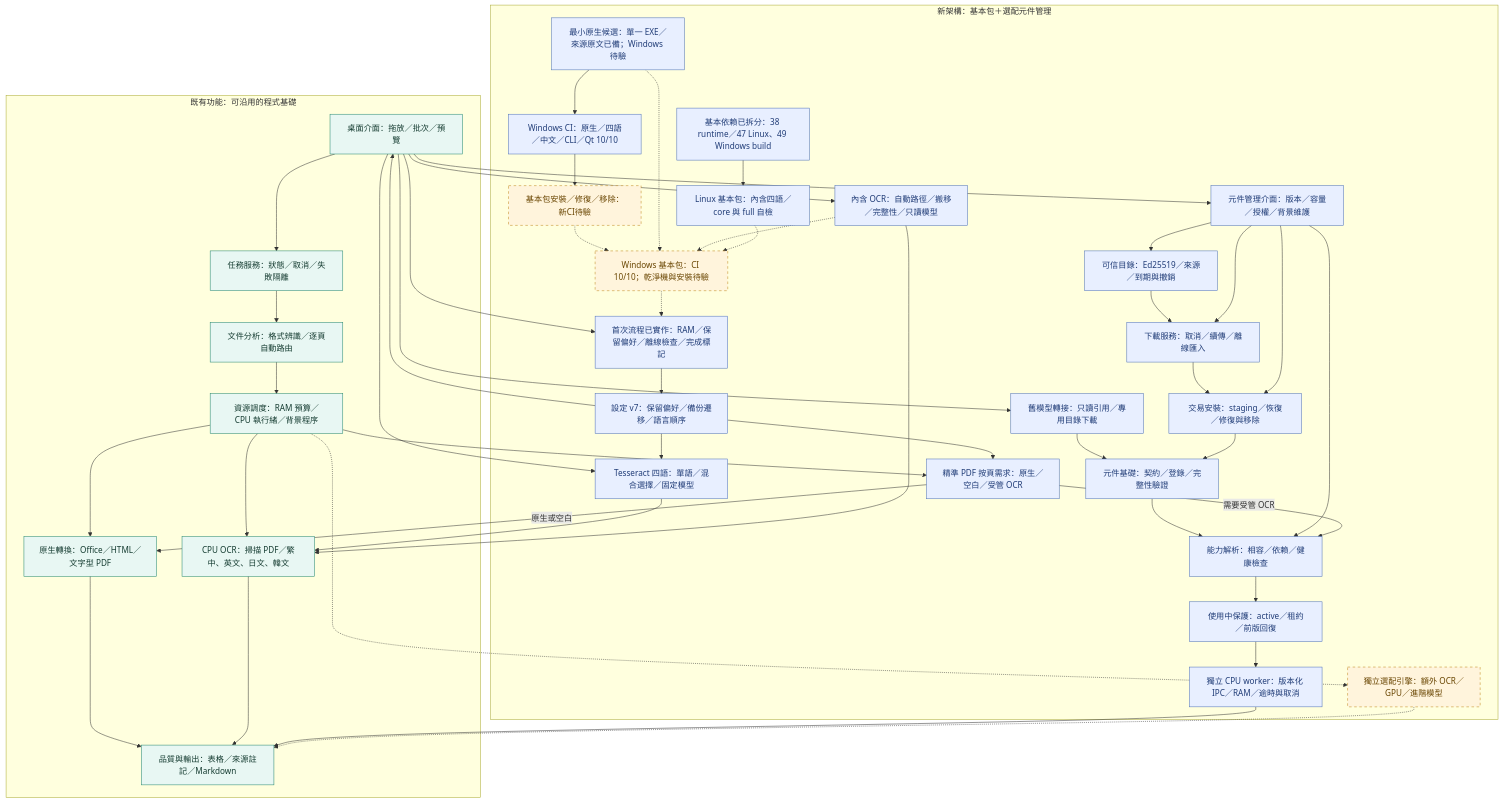
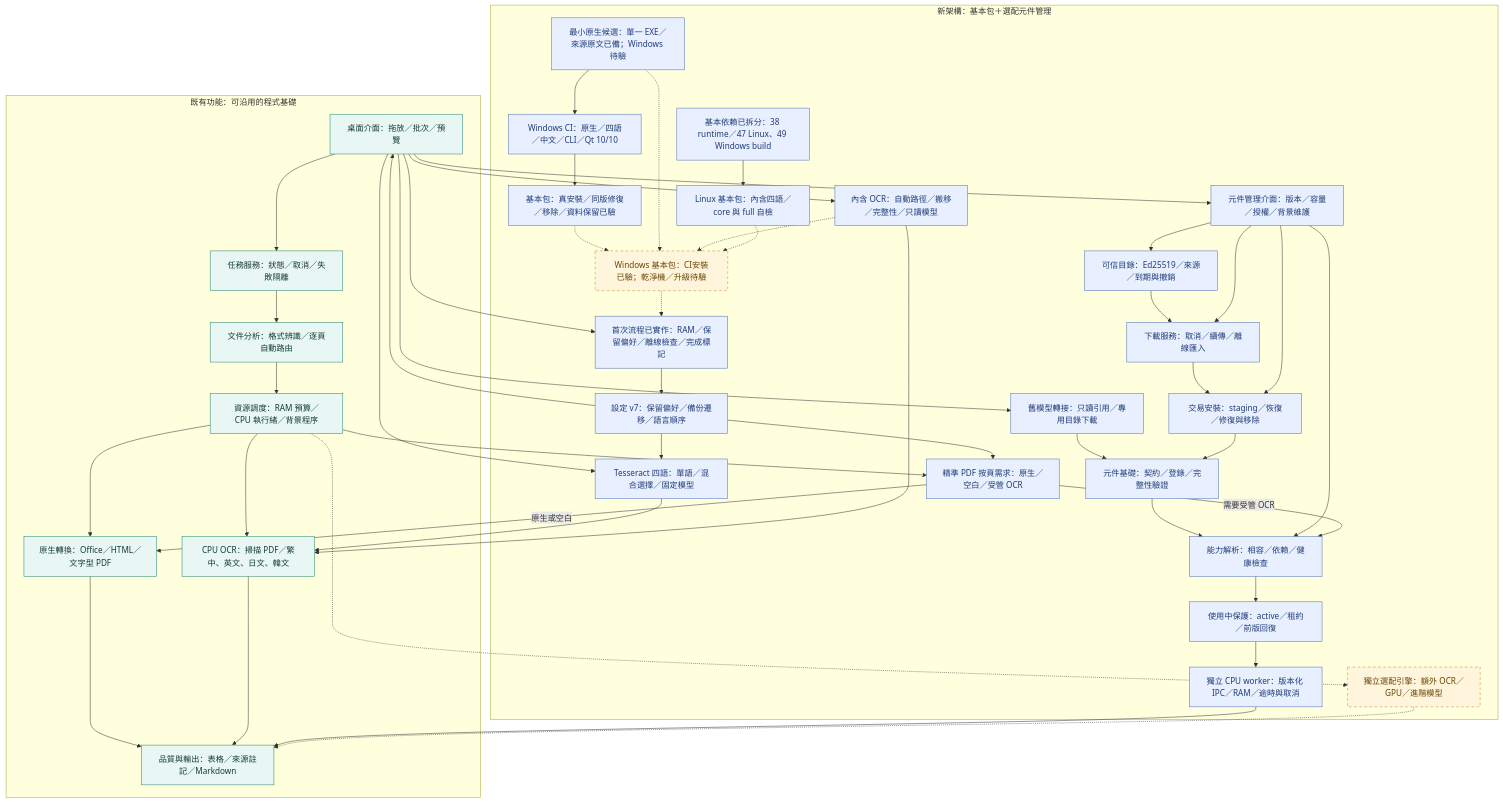
The diagram in README.md (ChouTa-chuan/MarkItDown-exe), drawn with Mermaid before and after one commit. The commit also changed other lines of this file and 28 other files, not shown here.

````diff
--- a/README.md
+++ b/README.md
@@ -21,74 +21,74 @@
 ```mermaid
 flowchart TD
     subgraph Existing["既有功能：可沿用的程式基礎"]
         UI["桌面介面：拖放／批次／預覽"] --> APP["任務服務：狀態／取消／失敗隔離"]
         APP --> PLAN["文件分析：格式辨識／逐頁自動路由"]
         PLAN --> RES["資源調度：RAM 預算／CPU 執行緒／背景程序"]
         RES --> NATIVE["原生轉換：Office／HTML／文字型 PDF"]
         RES --> OCR["CPU OCR：掃描 PDF／繁中、英文、日文、韓文"]
         NATIVE --> QUALITY["品質與輸出：表格／來源註記／Markdown"]
         OCR --> QUALITY
     end
     subgraph Planned["新架構：基本包＋選配元件管理"]
         COMPONENTUI["元件管理介面：版本／容量／授權／背景維護"]
-        FIRST["Windows 基本包：CI 10/10；乾淨機與安裝待驗"]
+        FIRST["Windows 基本包：CI安裝已驗；乾淨機／升級待驗"]
         PROFILE["基本依賴已拆分：38 runtime／47 Linux、49 Windows build"]
         PROFILEBUILD["Linux 基本包：內含四語／core 與 full 自檢"]
         FIRSTFLOW["首次流程已實作：RAM／保留偏好／離線檢查／完成標記"]
         COMPONENTS["元件基礎：契約／登錄／完整性驗證"]
         CAPABILITY["能力解析：相容／依賴／健康檢查"]
-        INSTALLERCI["基本包安裝／修復／移除：新CI待驗"]
+        INSTALLERCI["基本包：真安裝／同版修復／移除／資料保留已驗"]
         WINCI["Windows CI：原生／四語／中文／CLI／Qt 10/10"]
         BUNDLED["內含 OCR：自動路徑／搬移／完整性／只讀模型"]
         MINIMALBUILD["最小原生候選：單一 EXE／來源原文已備；Windows 待驗"]
         LANGUAGES["Tesseract 四語：單語／混合選擇／固定模型"]
         ROUTE["精準 PDF 按頁需求：原生／空白／受管 OCR"]
         CPUWORKER["獨立 CPU worker：版本化 IPC／RAM／逾時與取消"]
         OPTIONAL["獨立選配引擎：額外 OCR／GPU／進階模型"]
         COMPONENTS --> CAPABILITY
         LEGACY["舊模型轉接：只讀引用／專用目錄下載"]
         PREFS["設定 v7：保留偏好／備份遷移／語言順序"]
         LEGACY --> COMPONENTS
         CATALOG["可信目錄：Ed25519／來源／到期與撤銷"] --> DOWNLOAD["下載服務：取消／續傳／離線匯入"]
         DOWNLOAD --> INSTALL["交易安裝：staging／恢復／修復與移除"]
         INSTALL --> COMPONENTS
         CAPABILITY --> LEASE["使用中保護：active／租約／前版回復"]
     end
     UI --> LANGUAGES
     LANGUAGES --> OCR
     PREFS --> LANGUAGES
     UI --> COMPONENTUI
     COMPONENTUI --> INSTALL
     COMPONENTUI --> CATALOG
     COMPONENTUI --> CAPABILITY
     LEASE --> CPUWORKER
     CPUWORKER --> QUALITY
     RES --> ROUTE
     ROUTE -->|需要受管 OCR| CAPABILITY
     ROUTE -->|原生或空白| NATIVE
     COMPONENTUI --> DOWNLOAD
     UI --> LEGACY
     PREFS --> UI
     UI --> FIRSTFLOW
     FIRSTFLOW --> PREFS
     PROFILE --> PROFILEBUILD
     MINIMALBUILD --> WINCI
     WINCI --> INSTALLERCI
     INSTALLERCI -.-> FIRST
     MINIMALBUILD -.-> FIRST
     UI --> BUNDLED
     BUNDLED --> OCR
     BUNDLED -.-> FIRST
     PROFILEBUILD -.-> FIRST
     FIRST -.-> FIRSTFLOW
     PREFS --> ROUTE
     RES -.-> OPTIONAL
     OPTIONAL -.-> QUALITY
     classDef existing fill:#e8f7f3,stroke:#21856d,color:#153c31;
     classDef foundation fill:#e8efff,stroke:#4c6fb8,color:#203c77;
     class COMPONENTS,CAPABILITY,LEGACY,PREFS,CATALOG,DOWNLOAD,INSTALL,LEASE,CPUWORKER,COMPONENTUI,FIRSTFLOW,ROUTE,PROFILE,PROFILEBUILD,LANGUAGES,BUNDLED,MINIMALBUILD,WINCI foundation;
-    class INSTALLERCI planned;
+    class INSTALLERCI foundation;
     classDef planned fill:#fff4dc,stroke:#be8519,color:#694500,stroke-dasharray:5 5;
     class UI,APP,PLAN,RES,NATIVE,OCR,QUALITY existing;
     class FIRST,OPTIONAL planned;
 ```
````
